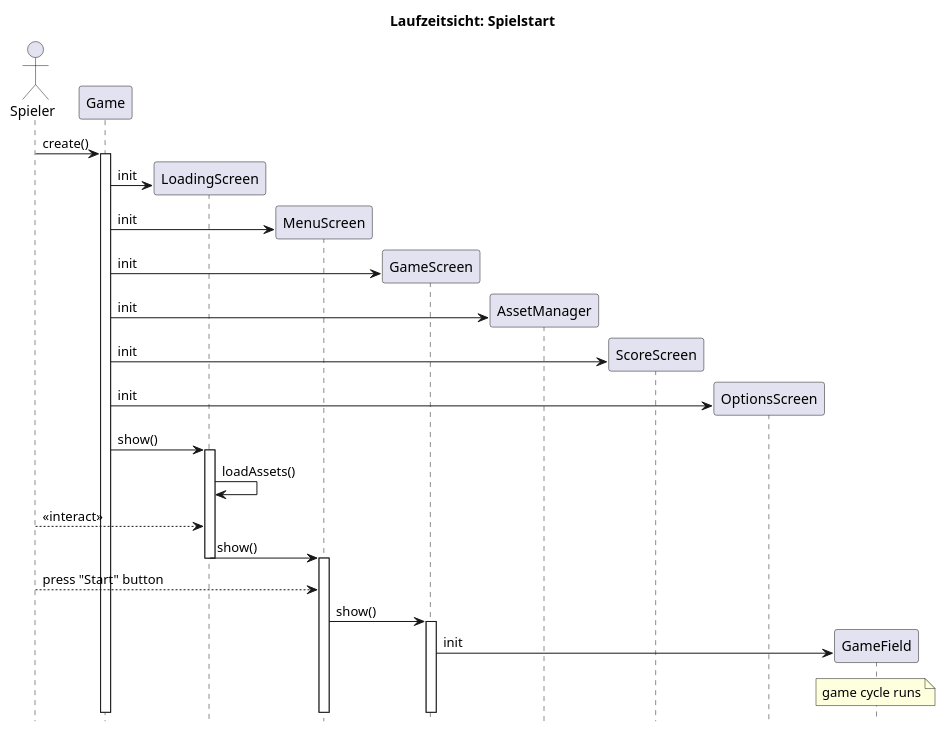
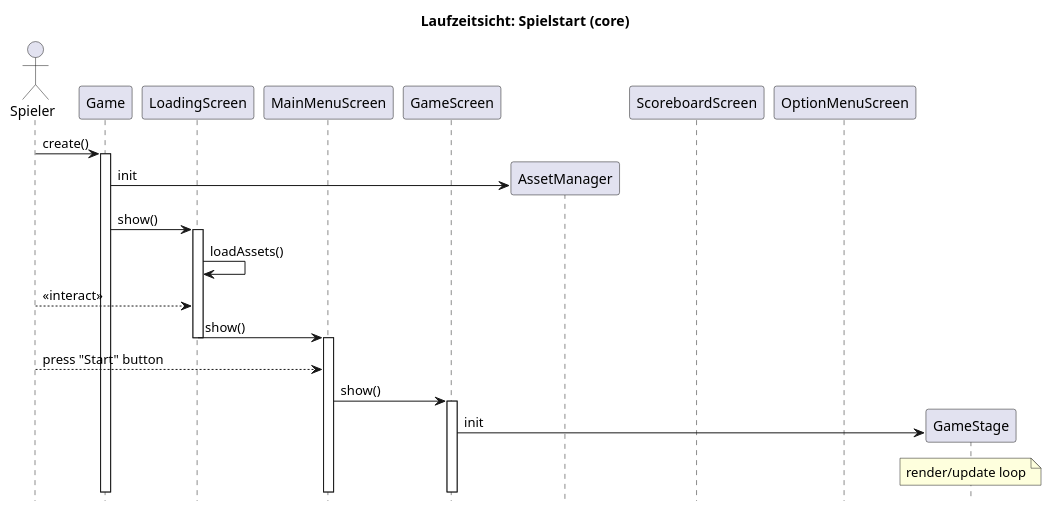
Before and after one commit to Noah-Martinez/Tetrix: the diagram in docs/uml/Sequenzdiagramm.puml, drawn with PlantUML. The commit also changed 6 other files, not shown here.

Commit message:
CHORE: update-architecture - Updating architecture documentation

```diff
--- a/docs/uml/Sequenzdiagramm.puml
+++ b/docs/uml/Sequenzdiagramm.puml
@@ -1,37 +1,32 @@
 @startuml
 hide footbox
-title Laufzeitsicht: Spielstart
+title Laufzeitsicht: Spielstart (core)
 
 actor Spieler as Player
 participant Game as G
 participant "LoadingScreen" as LS
-participant "MenuScreen" as MS
+participant "MainMenuScreen" as MMS
 participant "GameScreen" as GS
 participant "AssetManager" as AM
-participant "ScoreScreen" as SS
-participant "OptionsScreen" as OS
-participant "GameField" as GF
+participant "ScoreboardScreen" as SBS
+participant "OptionMenuScreen" as OMS
+participant "GameStage" as GST
 
 Player -> G : create()
 activate G
-G -> LS ** : init
-G -> MS ** : init
-G -> GS ** : init
 G -> AM ** : init
-G -> SS  ** : init
-G -> OS  ** : init
 G -> LS : show()
 activate LS
 LS -> LS : loadAssets()
 Player --> LS : <<interact>>
-LS -> MS : show()
+LS -> MMS : show()
 deactivate LS
-activate MS
-Player --> MS : press "Start" button
-MS -> GS : show()
+activate MMS
+Player --> MMS : press "Start" button
+MMS -> GS : show()
 activate GS
-GS -> GF ** : init
-note over GF
-game cycle runs
+GS -> GST ** : init
+note over GST
+render/update loop
 endnote
 @enduml
```
